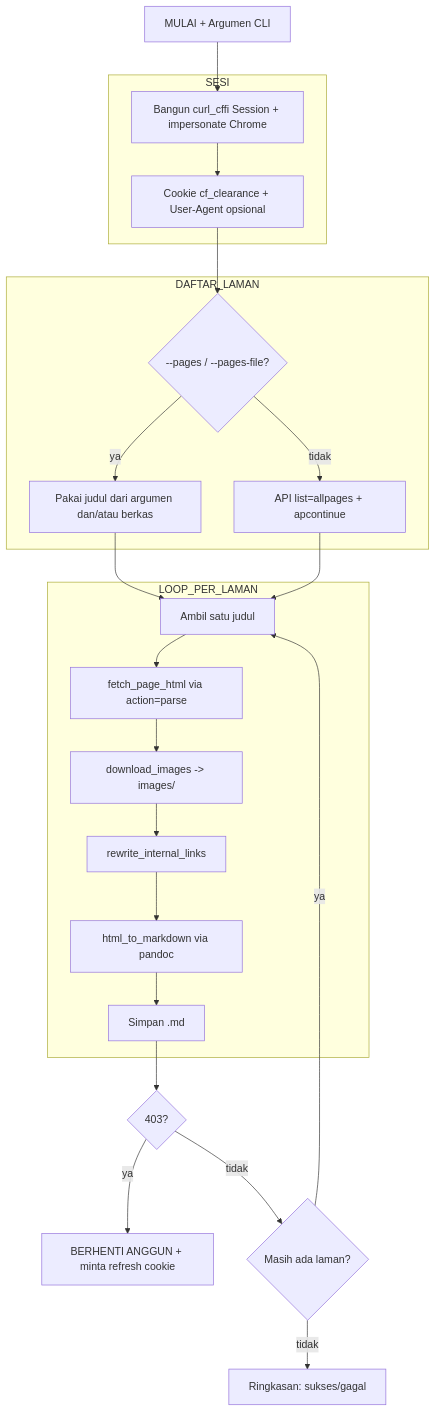
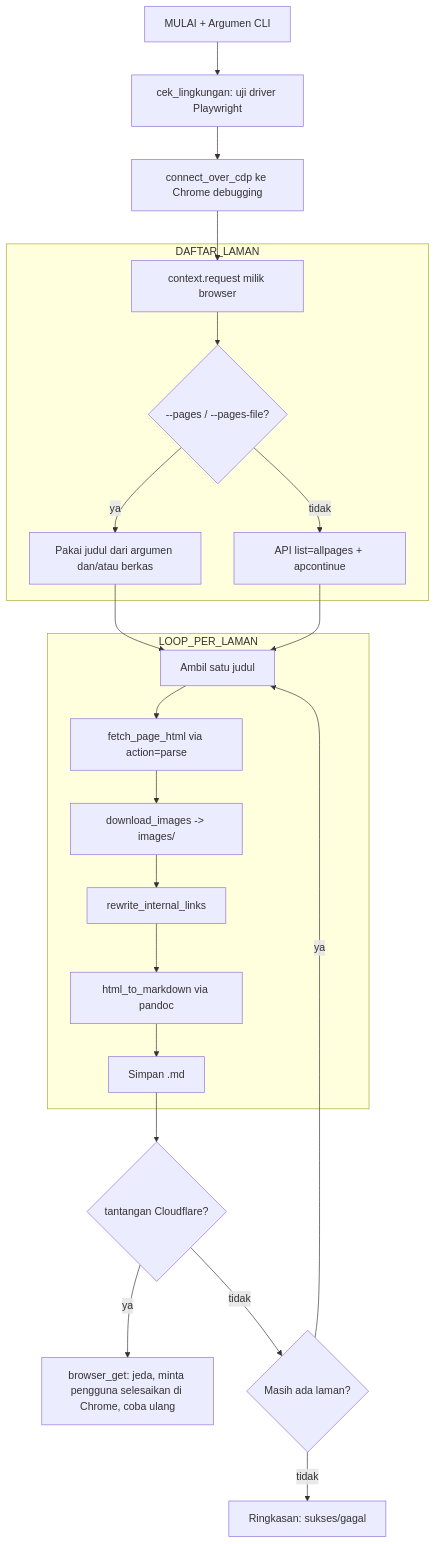
One commit to abdulmubdibindar/panduan-kuliah2-itera changed the diagram in Code/method_claude.md. Above: the diagram before and after it, drawn with Mermaid. The commit also changed other lines of this file and 8 other files, not shown here.

First line of the commit message:
docs(code): pindahkan ekstraksi Moodle ke sesi Chrome CDP

````diff
--- a/Code/method_claude.md
+++ b/Code/method_claude.md
@@ -21,31 +24,29 @@
 ```mermaid
 graph TD
-    A[MULAI + Argumen CLI] --> B
-
-    subgraph SESI
-    B[Bangun curl_cffi Session + impersonate Chrome] --> C[Cookie cf_clearance + User-Agent opsional]
-    end
+    A[MULAI + Argumen CLI] --> A2[cek_lingkungan: uji driver Playwright]
+    A2 --> B[connect_over_cdp ke Chrome debugging]
+    B --> C[context.request milik browser]
 
     subgraph DAFTAR_LAMAN
     C --> D{--pages / --pages-file?}
     D -- ya --> E[Pakai judul dari argumen dan/atau berkas]
     D -- tidak --> F[API list=allpages + apcontinue]
     end
 
     E --> G
     F --> G
 
     subgraph LOOP_PER_LAMAN
     G[Ambil satu judul] --> H[fetch_page_html via action=parse]
     H --> I[download_images -> images/]
     I --> J[rewrite_internal_links]
     J --> K[html_to_markdown via pandoc]
     K --> L[Simpan .md]
     end
 
-    L --> M{403?}
-    M -- ya --> N[BERHENTI ANGGUN + minta refresh cookie]
+    L --> M{tantangan Cloudflare?}
+    M -- ya --> N[browser_get: jeda, minta pengguna selesaikan di Chrome, coba ulang]
     M -- tidak --> O{Masih ada laman?}
     O -- ya --> G
     O -- tidak --> P[Ringkasan: sukses/gagal]
 ```
````
